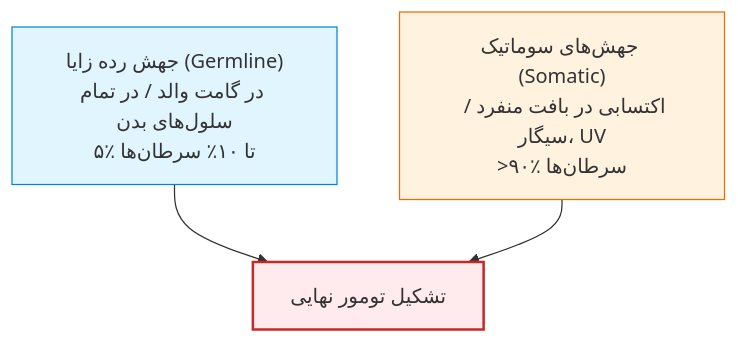
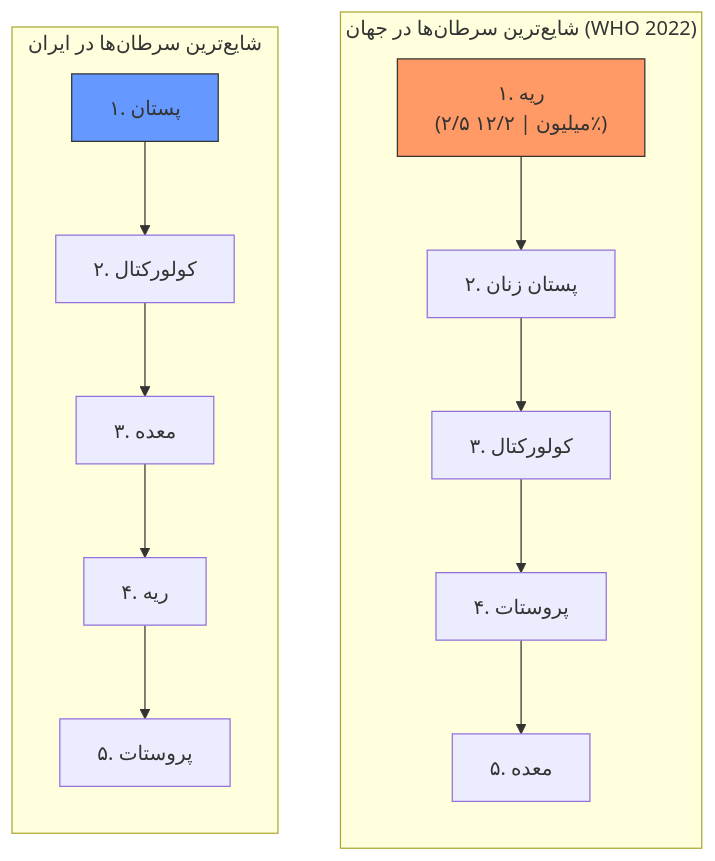
One commit to neopulse-hub/-TUMS-1402-2-material-notes- changed the first of 6 diagrams in 05/ژنتیک پزشکی/کامل/17.md. Above: the diagram before and after it, drawn with Mermaid. The commit also changed other lines of this file, not shown here.

````diff
--- a/05/ژنتیک پزشکی/کامل/17.md
+++ b/05/ژنتیک پزشکی/کامل/17.md
@@ -15,9 +16,13 @@
 ```mermaid
 flowchart TD
-    classDef germ fill:#e1f5fe,stroke:#0288d1,stroke-width:1px;
-    classDef soma fill:#fff3e0,stroke:#ef6c00,stroke-width:1px;
-    classDef tum fill:#ffebee,stroke:#c62828,stroke-width:2px;
-
-    G["جهش رده زایا (Germline)<br>در گامت والد / در تمام سلول‌های بدن<br>۵٪ تا ۱۰٪ سرطان‌ها"]:::germ --> Tum["تشکیل تومور نهایی"]:::tum
-    S["جهش‌های سوماتیک (Somatic)<br>اکتسابی در بافت منفرد / سیگار، UV<br>>۹۰٪ سرطان‌ها"]:::soma --> Tum
+    subgraph Global["شایع‌ترین سرطان‌ها در جهان (WHO 2022)"]
+    direction TB
+    G1["۱. ریه<br>(۲/۵ میلیون | ۱۲/۲٪)"] --> G2["۲. پستان زنان"] --> G3["۳. کولورکتال"] --> G4["۴. پروستات"] --> G5["۵. معده"]
+    end
+    subgraph Iran["شایع‌ترین سرطان‌ها در ایران"]
+    direction TB
+    I1["۱. پستان"] --> I2["۲. کولورکتال"] --> I3["۳. معده"] --> I4["۴. ریه"] --> I5["۵. پروستات"]
+    end
+    style G1 fill:#f96,stroke:#333,stroke-width:1px
+    style I1 fill:#69f,stroke:#333,stroke-width:1px
 ```
````
